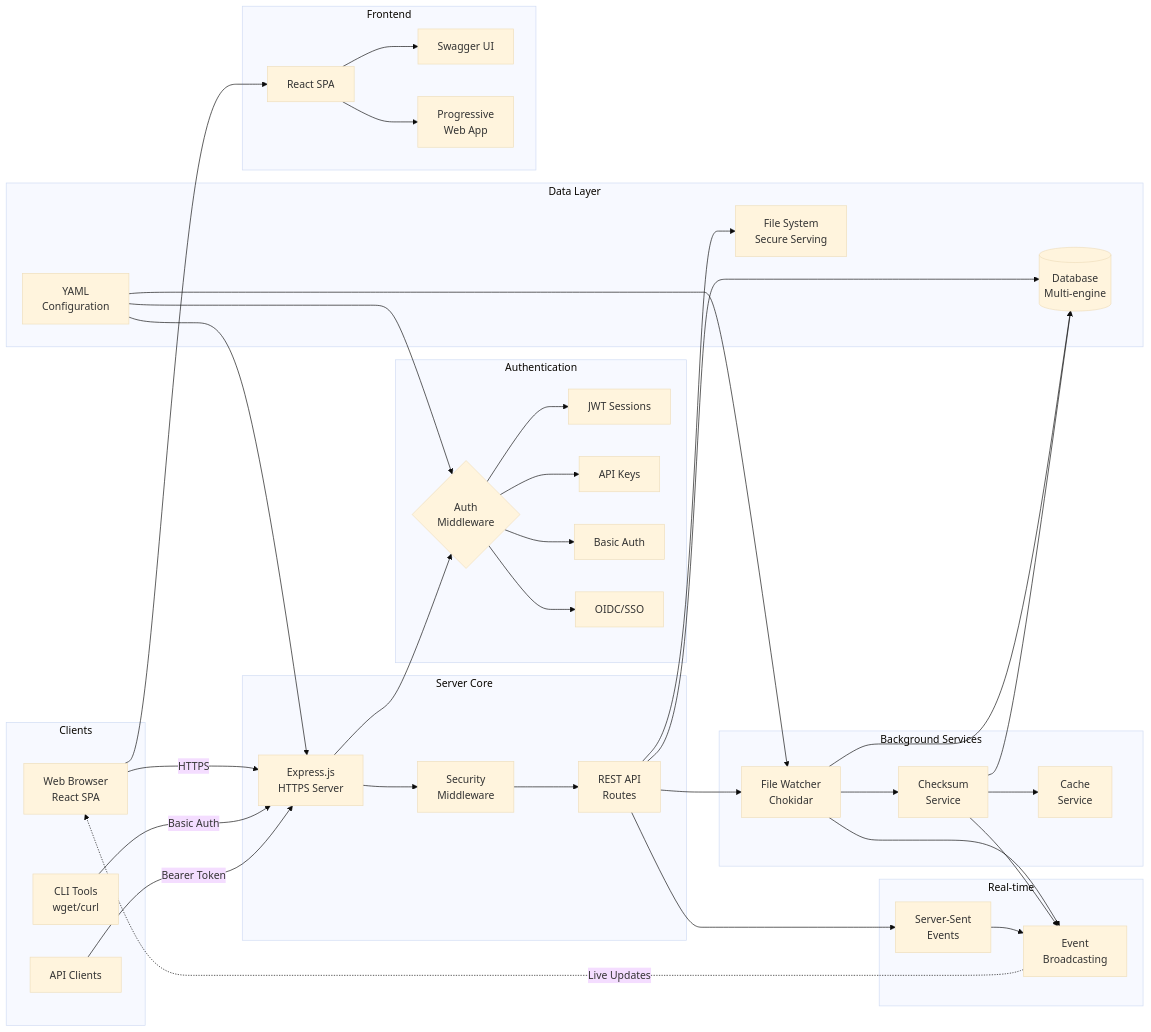
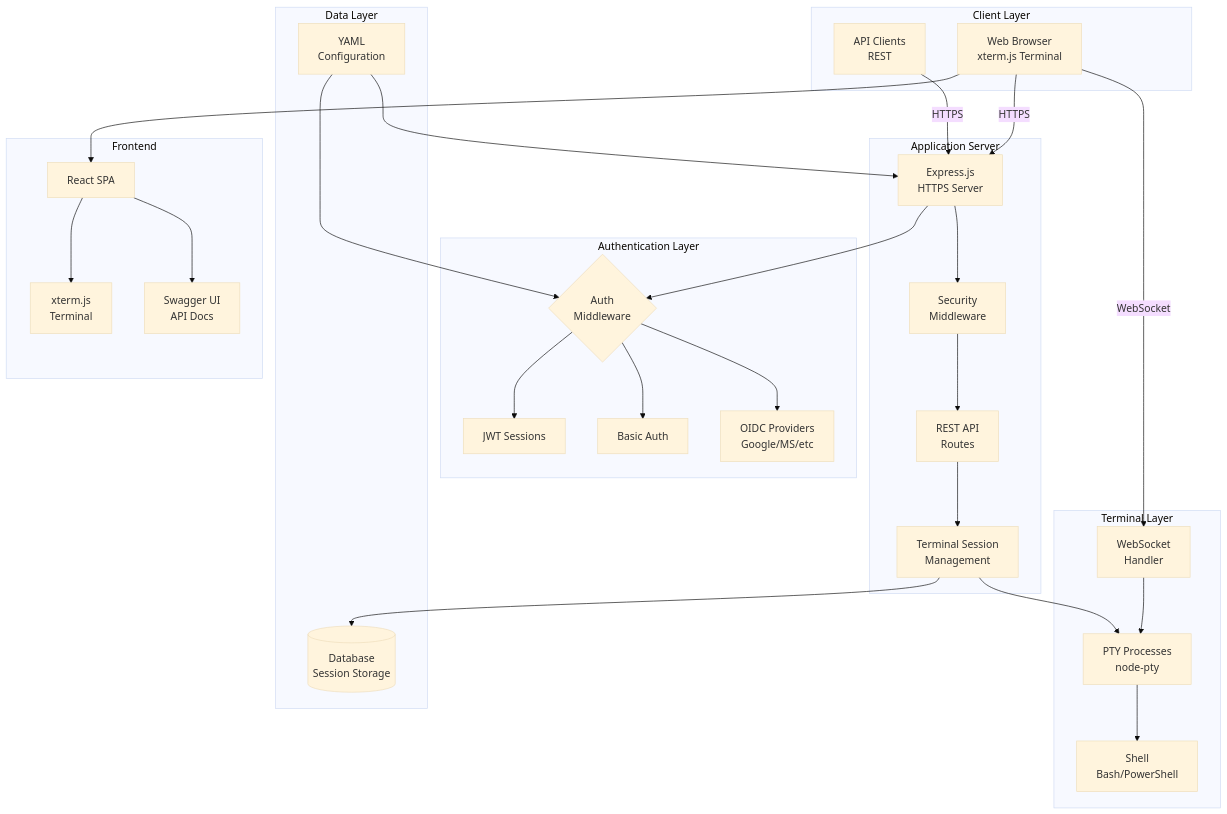
Before and after one commit to STARTcloud/web-terminal: the diagram in docs/architecture.md, drawn with Mermaid (base theme). The commit also changed other lines of this file and 20 other files, not shown here.

````diff
--- a/docs/architecture.md
+++ b/docs/architecture.md
@@ -110,89 +112,71 @@
 ```mermaid
-graph LR
-    subgraph "Clients"
-        WB[Web Browser<br/>React SPA]
-        CLI[CLI Tools<br/>wget/curl]
-        API[API Clients]
+graph TB
+    subgraph "Client Layer"
+        BROWSER[Web Browser<br/>xterm.js Terminal]
+        API[API Clients<br/>REST]
     end
     
-    subgraph "Authentication"
+    subgraph "Authentication Layer"
         AUTH{Auth<br/>Middleware}
         JWT[JWT Sessions]
-        KEYS[API Keys]
         BASIC[Basic Auth]
-        OIDC[OIDC/SSO]
+        OIDC[OIDC Providers<br/>Google/MS/etc]
     end
     
-    subgraph "Server Core"
+    subgraph "Application Server"
         EXPRESS[Express.js<br/>HTTPS Server]
         ROUTES[REST API<br/>Routes]
         SECURITY[Security<br/>Middleware]
+        SESSIONS[Terminal Session<br/>Management]
     end
     
-    subgraph "Real-time"
-        SSE[Server-Sent<br/>Events]
-        EVENTS[Event<br/>Broadcasting]
-    end
-    
-    subgraph "Background Services"
-        WATCHER[File Watcher<br/>Chokidar]
-        CHECKSUM[Checksum<br/>Service]
-        CACHE[Cache<br/>Service]
+    subgraph "Terminal Layer"
+        WS[WebSocket<br/>Handler]
+        PTY[PTY Processes<br/>node-pty]
+        SHELL[Shell<br/>Bash/PowerShell]
     end
     
     subgraph "Data Layer"
-        DB[(Database<br/>Multi-engine)]
-        FS[File System<br/>Secure Serving]
+        DB[(Database<br/>Session Storage)]
         CONFIG[YAML<br/>Configuration]
     end
     
     subgraph "Frontend"
         REACT[React SPA]
-        SWAGGER[Swagger UI]
-        PWA[Progressive<br/>Web App]
+        XTERM[xterm.js<br/>Terminal]
+        SWAGGER[Swagger UI<br/>API Docs]
     end
     
-    %% Client flows
-    WB -->|HTTPS| EXPRESS
-    CLI -->|Basic Auth| EXPRESS
-    API -->|Bearer Token| EXPRESS
+    %% Client connections
+    BROWSER -->|HTTPS| EXPRESS
+    API -->|HTTPS| EXPRESS
     
-    %% Authentication
+    %% Authentication flow
     EXPRESS --> AUTH
     AUTH --> JWT
-    AUTH --> KEYS
     AUTH --> BASIC
     AUTH --> OIDC
     
     %% Core processing
     EXPRESS --> SECURITY
     SECURITY --> ROUTES
-    ROUTES --> WATCHER
-    ROUTES --> SSE
+    ROUTES --> SESSIONS
     
-    %% Real-time communication
-    SSE --> EVENTS
-    EVENTS -.->|Live Updates| WB
+    %% WebSocket for terminal I/O
+    BROWSER -->|WebSocket| WS
+    WS --> PTY
+    PTY --> SHELL
     
-    %% Background processing
-    WATCHER --> CHECKSUM
-    CHECKSUM --> CACHE
-    WATCHER --> EVENTS
-    CHECKSUM --> EVENTS
-    
-    %% Data persistence
-    ROUTES --> DB
-    ROUTES --> FS
-    WATCHER --> DB
-    CHECKSUM --> DB
+    %% Session management
+    SESSIONS --> DB
+    SESSIONS --> PTY
     
     %% Configuration
     CONFIG --> EXPRESS
     CONFIG --> AUTH
-    CONFIG --> WATCHER
     
-    %% Frontend integration
-    WB --> REACT
+    %% Frontend components
+    BROWSER --> REACT
+    REACT --> XTERM
     REACT --> SWAGGER
-    REACT --> PWA
 ```
````
